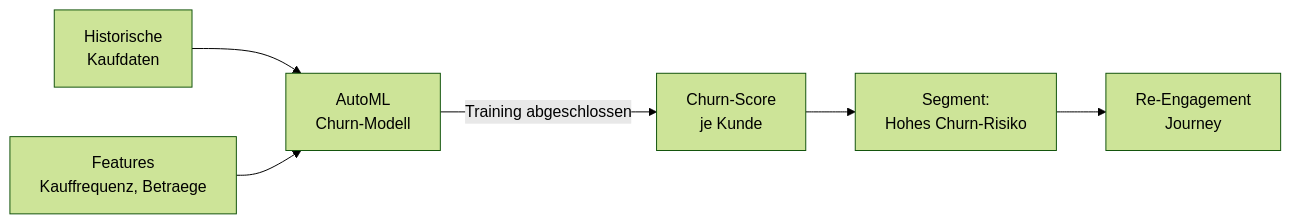
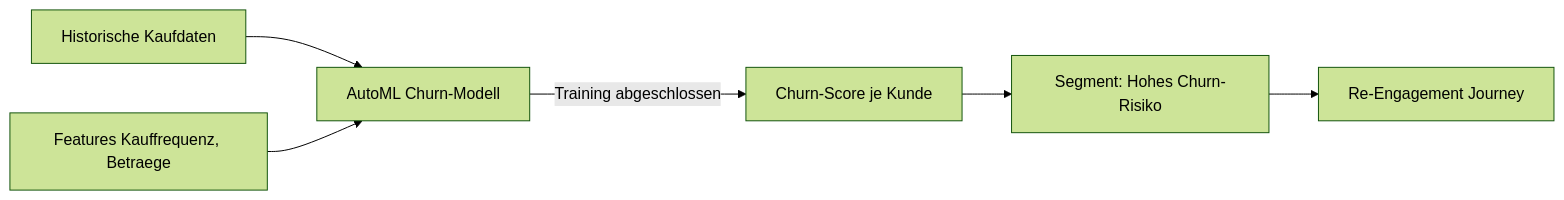
One commit to SoniiiT/notes-n-docs changed the third of 5 diagrams in Microsoft 365/Dynamics 365/Dynamics 365 Customer Insights.md. Above: the diagram before and after it, drawn with Mermaid (forest theme). The commit also changed other lines of this file and 124 other files, not shown here.

First line of the commit message:
fix: Entferne \n aus allen Mermaid-Diagrammen (125 Dateien)

````diff
--- a/Microsoft 365/Dynamics 365/Dynamics 365 Customer Insights.md
+++ b/Microsoft 365/Dynamics 365/Dynamics 365 Customer Insights.md
@@ -152,8 +152,8 @@
 ```mermaid
 graph LR
-    DATA[Historische\nKaufdaten] --> MODEL[AutoML\nChurn-Modell]
-    FEAT[Features\nKauffrequenz, Betraege] --> MODEL
-    MODEL -->|Training abgeschlossen| SCORE[Churn-Score\nje Kunde]
-    SCORE --> SEG2[Segment:\nHohes Churn-Risiko]
-    SEG2 --> JRN[Re-Engagement\nJourney]
+    DATA[Historische Kaufdaten] --> MODEL[AutoML Churn-Modell]
+    FEAT[Features Kauffrequenz, Betraege] --> MODEL
+    MODEL -->|Training abgeschlossen| SCORE[Churn-Score je Kunde]
+    SCORE --> SEG2[Segment: Hohes Churn-Risiko]
+    SEG2 --> JRN[Re-Engagement Journey]
 ```
````
